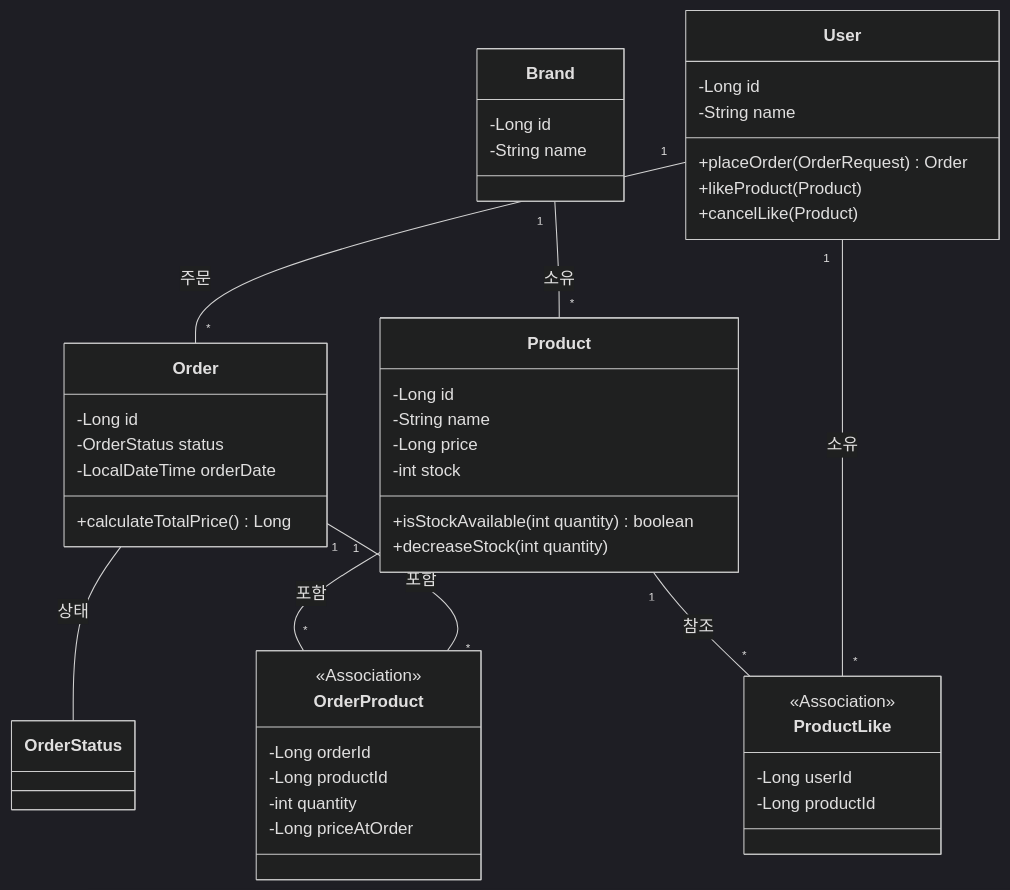
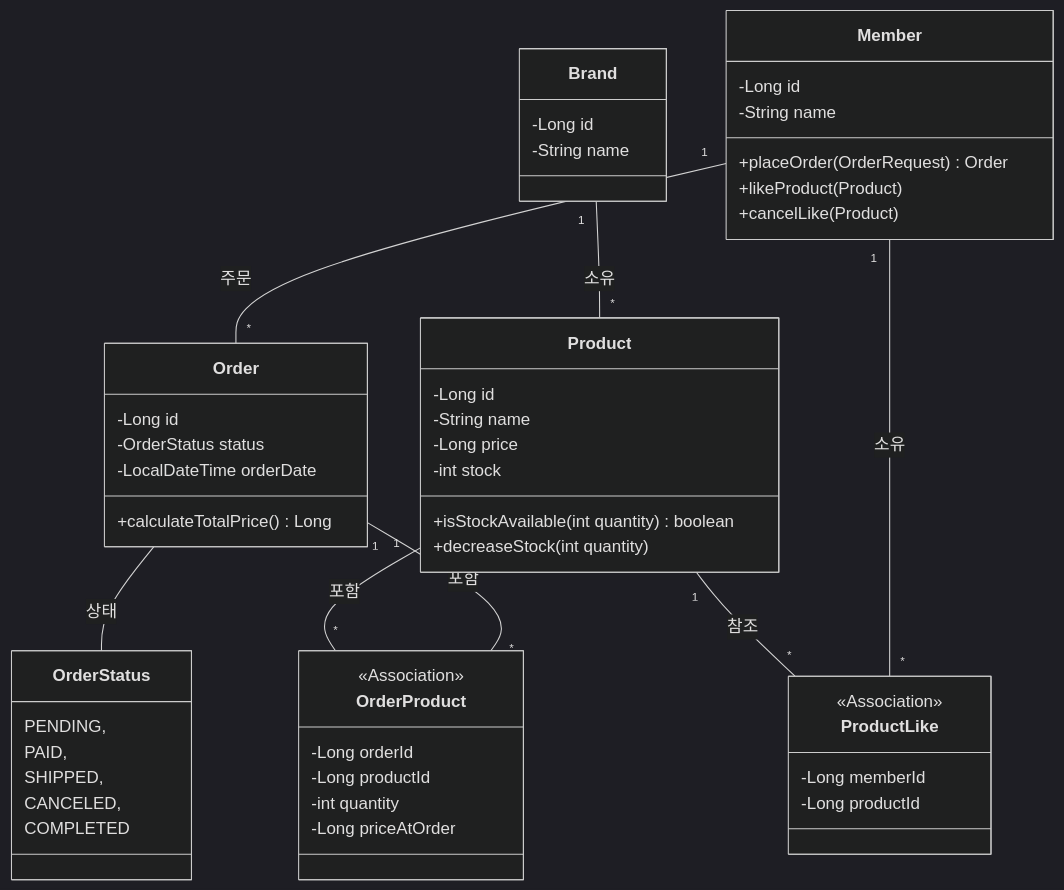
The first of 4 diagrams in docs/design/03-class-diagrams.md (dksqodwns/loopers), drawn with Mermaid (dark theme) before and after one commit. The commit also changed other lines of this file and 2 other files, not shown here.

Commit message:
docs: 클래스 다이어그램 수정

````diff
--- a/docs/design/03-class-diagrams.md
+++ b/docs/design/03-class-diagrams.md
@@ -1,63 +1,61 @@
 ```mermaid
 classDiagram
-    class User {
+    class Member {
         -Long id
         -String name
         +placeOrder(OrderRequest) Order
         +likeProduct(Product)
         +cancelLike(Product)
     }
 
     class Product {
         -Long id
         -String name
         -Long price
         -int stock
         +isStockAvailable(int quantity) boolean
         +decreaseStock(int quantity)
     }
 
     class Brand {
         -Long id
         -String name
     }
 
     class Order {
         -Long id
         -OrderStatus status
         -LocalDateTime orderDate
         +calculateTotalPrice() Long
     }
 
     class ProductLike {
         <<Association>>
-        -Long userId
+        -Long memberId
         -Long productId
     }
 
     class OrderProduct {
         <<Association>>
         -Long orderId
         -Long productId
         -int quantity
         -Long priceAtOrder
     }
 
-%%    enum OrderStatus {
-%%        PENDING,
-%%        PAID,
-%%        SHIPPED,
-%%        CANCELED,
-%%        COMPLETED
-%%    }
+    class OrderStatus {
+        PENDING,
+        PAID,
+        SHIPPED,
+        CANCELED,
+        COMPLETED
+    }
 
-    User "1" -- "*" Order : 주문
-    User "1" -- "*" ProductLike : 소유
-    Product "1" -- "*" ProductLike : 참조
-
-    Order "1" -- "*" OrderProduct : 포함
-    Product "1" -- "*" OrderProduct : 포함
-
-    Brand "1" -- "*" Product : 소유
-    Order -- OrderStatus : 상태
+    Member "1" -- "*" Order: 주문
+    Member "1" -- "*" ProductLike: 소유
+    Product "1" -- "*" ProductLike: 참조
+    Order "1" -- "*" OrderProduct: 포함
+    Product "1" -- "*" OrderProduct: 포함
+    Brand "1" -- "*" Product: 소유
+    Order -- OrderStatus: 상태
 ```
````
